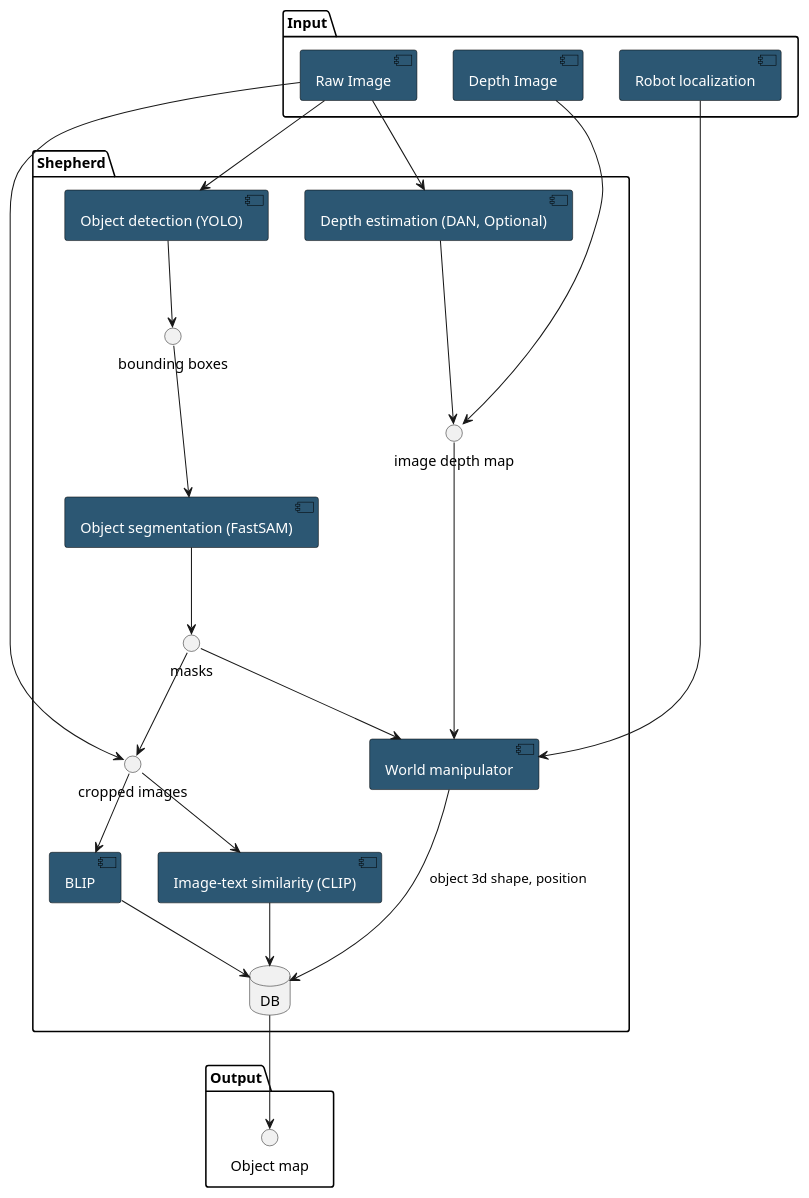
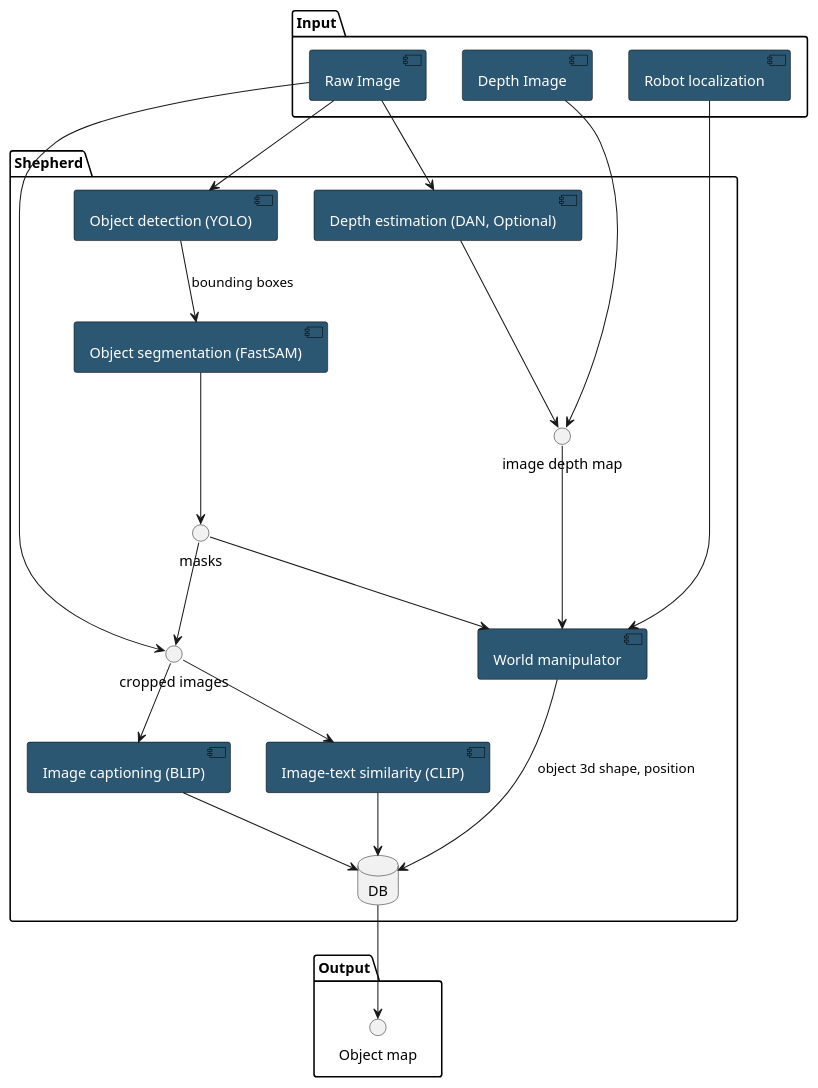
The diagram in doc/pipeline_diagram.puml (lagi-mtl/shepherd), drawn with PlantUML before and after one commit. The commit also changed 11 other files, not shown here.

```diff
--- a/doc/pipeline_diagram.puml
+++ b/doc/pipeline_diagram.puml
@@ -1,62 +1,60 @@
 @startuml
 ' Style definitions
 skinparam componentStyle uml2
 skinparam component {
     BackgroundColor #2C5773
     FontColor white
     BorderColor Black
 }
 
 
 package "Input" {
     [Depth Image] as depth_img
     [Raw Image] as raw_img
     [Robot localization] as localization
 }
 
 package "Shepherd" {
     ' Components
     [Object detection (YOLO)] as yolo
     [Object segmentation (FastSAM)] as fast_sam
     [Depth estimation (DAN, Optional)] as dan
     [Image-text similarity (CLIP)] as clip
     [World manipulator] as coord_transform
-    [BLIP] as blip
+    [Image captioning (BLIP)] as blip
     
     ' Databases    
     database "DB" as db
 
     ' Data interfaces
-    interface "bounding boxes" as bbox_if
     interface "image depth map" as depth_map_if
     interface "masks" as mask_if
     interface "cropped images" as cropped_images_if
 }
 
 package "Output" {
     interface "Object map" as object_map
 }
 
 
 ' Connections
 raw_img --> yolo
 raw_img --> dan
 dan --> depth_map_if
 depth_img --> depth_map_if
-yolo --> bbox_if
-bbox_if --> fast_sam
+yolo --> fast_sam : bounding boxes
 fast_sam --> mask_if
 raw_img -right-> cropped_images_if
 mask_if --> cropped_images_if
 cropped_images_if --> clip
 cropped_images_if --> blip
 blip --> db
 clip --> db
 localization --> coord_transform
 depth_map_if --> coord_transform
 mask_if --> coord_transform
 coord_transform --> db : object 3d shape, position
 db --> object_map
 
 yolo -[hidden]r-> dan
 @enduml
```
